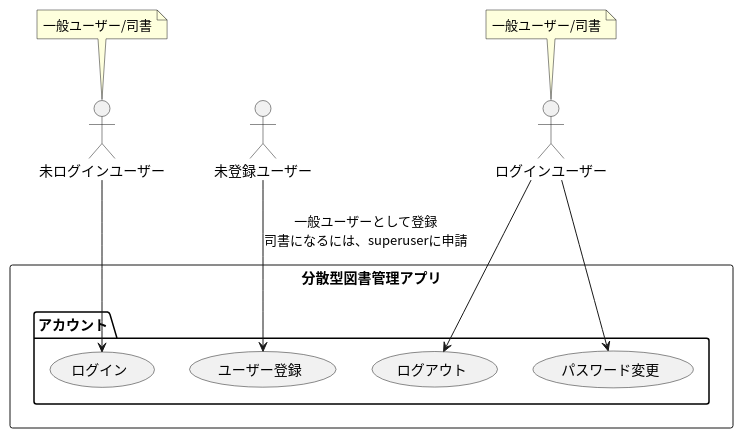
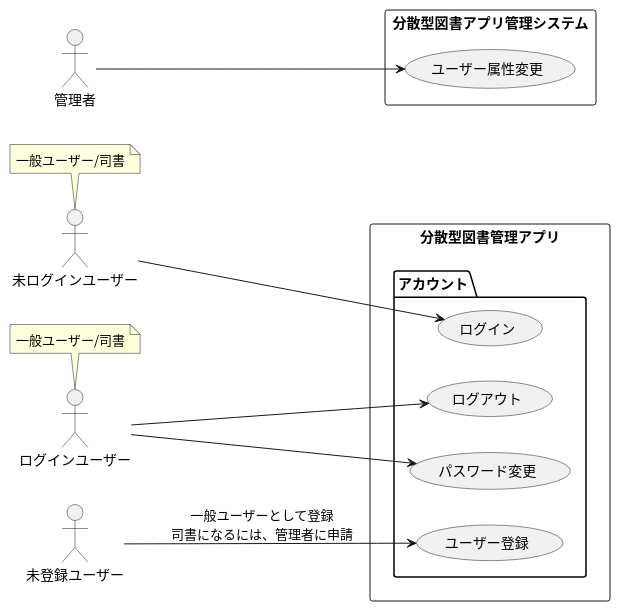
The diagram in docs/usecase/account_usecase.pu (tomoki-shiozaki/distributed-library), drawn with PlantUML before and after one commit. The commit also changed 3 other files, not shown here.

Commit message:
docs: update use case diagrams

```diff
--- a/docs/usecase/account_usecase.pu
+++ b/docs/usecase/account_usecase.pu
@@ -1,32 +1,46 @@
 @startuml account
 skinparam defaultFontName "Noto Sans CJK JP"
+left to right direction
 
 actor ログインユーザー as loggedInUser 
 actor 未ログインユーザー as unloggedUser
 actor 未登録ユーザー as guest
+
+actor 管理者 as admin
 
 rectangle "分散型図書管理アプリ" {
 package "アカウント" {
   (ユーザー登録)
   (ログイン)
   (ログアウト)
   (パスワード変更)
 }
 }
 
 
-guest --> (ユーザー登録) : 一般ユーザーとして登録\n司書になるには、superuserに申請
+
+guest --> (ユーザー登録) : 一般ユーザーとして登録\n司書になるには、管理者に申請
 unloggedUser --> (ログイン)
 
 loggedInUser --> (ログアウト)
 loggedInUser --> (パスワード変更)
 
 note top of (unloggedUser)
     一般ユーザー/司書
 end note
 
 note top of (loggedInUser)
     一般ユーザー/司書
 end note
 
+rectangle "分散型図書アプリ管理システム" {
+  (ユーザー属性変更)
+}
+
+admin --> (ユーザー属性変更)
+
+
+
+
+
 @enduml
```
